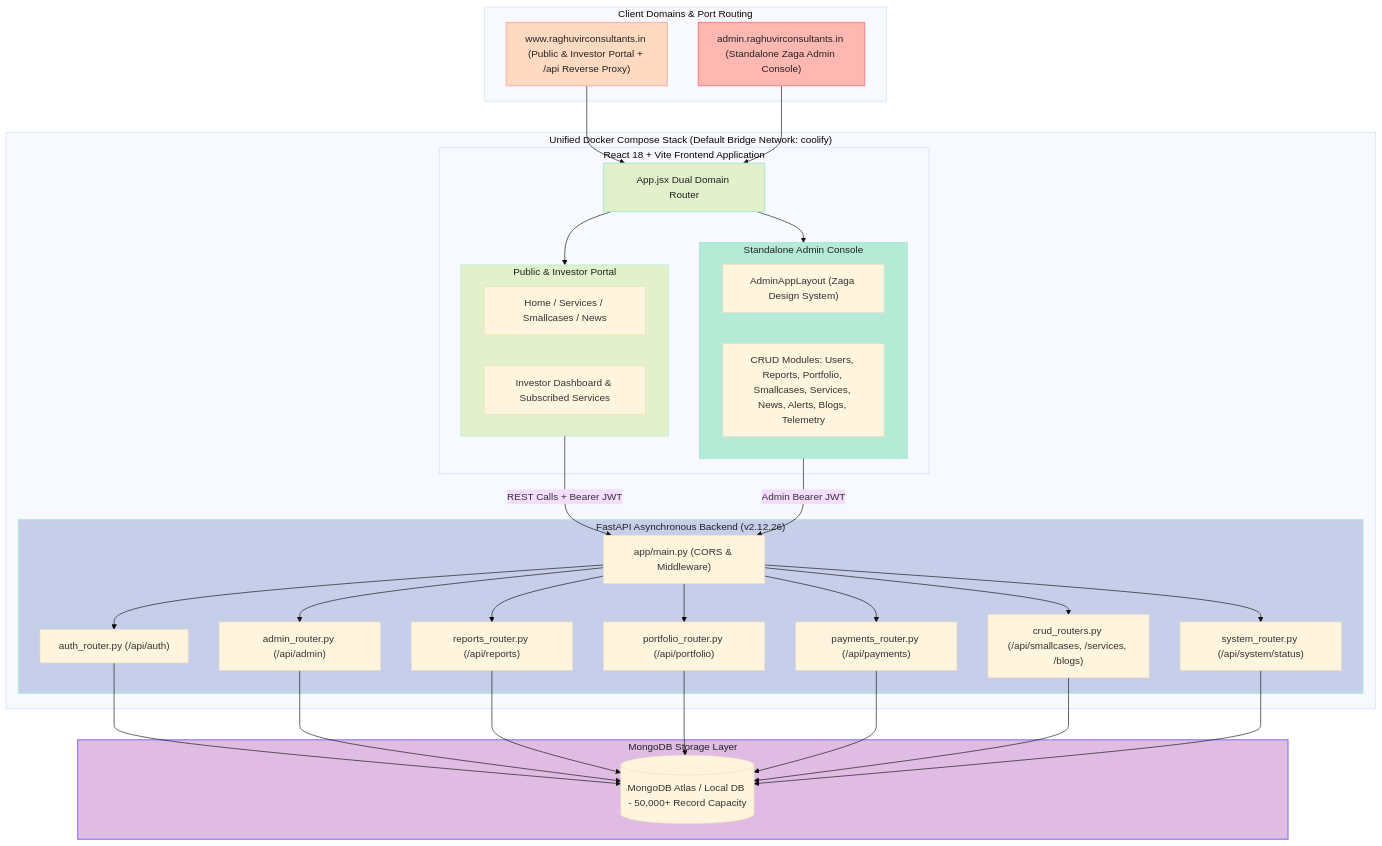
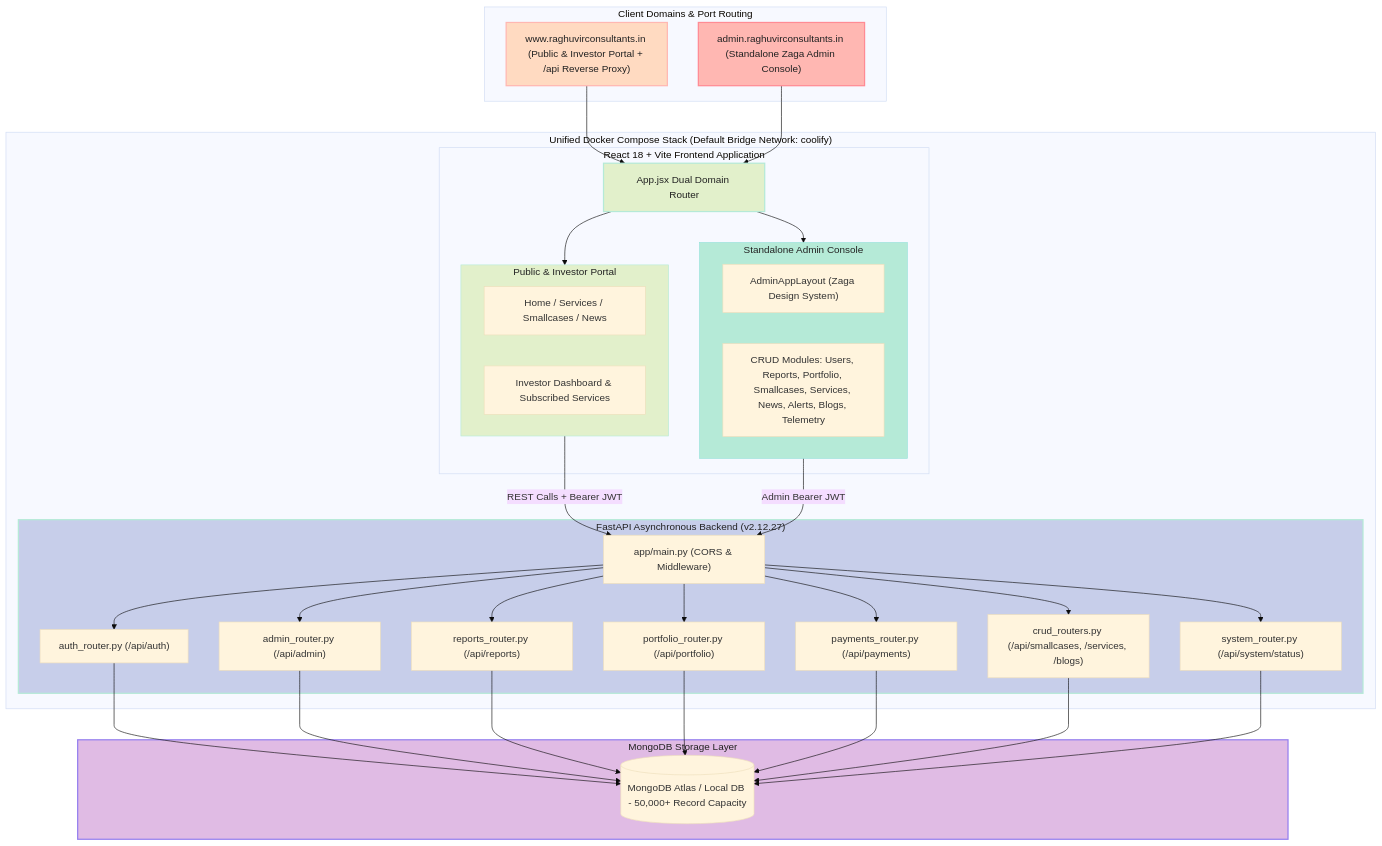
The first of 2 diagrams in backend/docs/ARCHITECTURE.md (tejasrsuthar/raghuvirconsultants-site), drawn with Mermaid (base theme) before and after one commit. The commit also changed other lines of this file and 9 other files, not shown here.

````diff
--- a/backend/docs/ARCHITECTURE.md
+++ b/backend/docs/ARCHITECTURE.md
@@ -14,72 +14,72 @@
 ```mermaid
 graph TD
     subgraph ClientDomains["Client Domains & Port Routing"]
         PublicDomain["www.raghuvirconsultants.in (Public & Investor Portal + /api Reverse Proxy)"]
         AdminDomain["admin.raghuvirconsultants.in (Standalone Zaga Admin Console)"]
     end
 
     subgraph ComposeStack["Unified Docker Compose Stack (Default Bridge Network: coolify)"]
         subgraph ReactFrontend["React 18 + Vite Frontend Application"]
             AppRouter["App.jsx Dual Domain Router"]
             
             subgraph PublicPortal["Public & Investor Portal"]
               PublicViews["Home / Services / Smallcases / News"]
               InvestorPortal["Investor Dashboard & Subscribed Services"]
             end
 
             subgraph ZagaAdmin["Standalone Admin Console"]
               AdminLayout["AdminAppLayout (Zaga Design System)"]
               AdminModules["CRUD Modules: Users, Reports, Portfolio, Smallcases, Services, News, Alerts, Blogs, Telemetry"]
             end
         end
 
-        subgraph FastAPIServer["FastAPI Asynchronous Backend (v2.12.26)"]
+        subgraph FastAPIServer["FastAPI Asynchronous Backend (v2.12.27)"]
             API["app/main.py (CORS & Middleware)"]
             AuthRouter["auth_router.py (/api/auth)"]
             AdminRouter["admin_router.py (/api/admin)"]
             ReportsRouter["reports_router.py (/api/reports)"]
             PortfolioRouter["portfolio_router.py (/api/portfolio)"]
             PaymentsRouter["payments_router.py (/api/payments)"]
             CRUDRouters["crud_routers.py (/api/smallcases, /services, /blogs)"]
             SystemRouter["system_router.py (/api/system/status)"]
         end
     end
 
     subgraph DataStore["MongoDB Storage Layer"]
         MongoDB[(MongoDB Atlas / Local DB - 50,000+ Record Capacity)]
     end
 
     PublicDomain --> AppRouter
     AdminDomain --> AppRouter
 
     AppRouter --> PublicPortal
     AppRouter --> ZagaAdmin
 
     PublicPortal -->|REST Calls + Bearer JWT| API
     ZagaAdmin -->|Admin Bearer JWT| API
 
     API --> AuthRouter
     API --> AdminRouter
     API --> ReportsRouter
     API --> PortfolioRouter
     API --> PaymentsRouter
     API --> CRUDRouters
     API --> SystemRouter
 
     AuthRouter --> MongoDB
     AdminRouter --> MongoDB
     ReportsRouter --> MongoDB
     PortfolioRouter --> MongoDB
     PaymentsRouter --> MongoDB
     CRUDRouters --> MongoDB
     SystemRouter --> MongoDB
 
     %% Pastel Color Palette Styling
     style PublicDomain fill:#FFDAC1,stroke:#FFB7B2,stroke-width:2px,color:#222;
     style AdminDomain fill:#FFB7B2,stroke:#FF8B94,stroke-width:2px,color:#222;
     style AppRouter fill:#E2F0CB,stroke:#B5EAD7,stroke-width:2px,color:#222;
     style PublicPortal fill:#E2F0CB,stroke:#B5EAD7,stroke-width:1px,color:#222;
     style ZagaAdmin fill:#B5EAD7,stroke:#93E1D8,stroke-width:1px,color:#222;
     style FastAPIServer fill:#C7CEEA,stroke:#B5EAD7,stroke-width:2px,color:#222;
     style DataStore fill:#E0BBE4,stroke:#957FEF,stroke-width:2px,color:#222;
 ```
````
